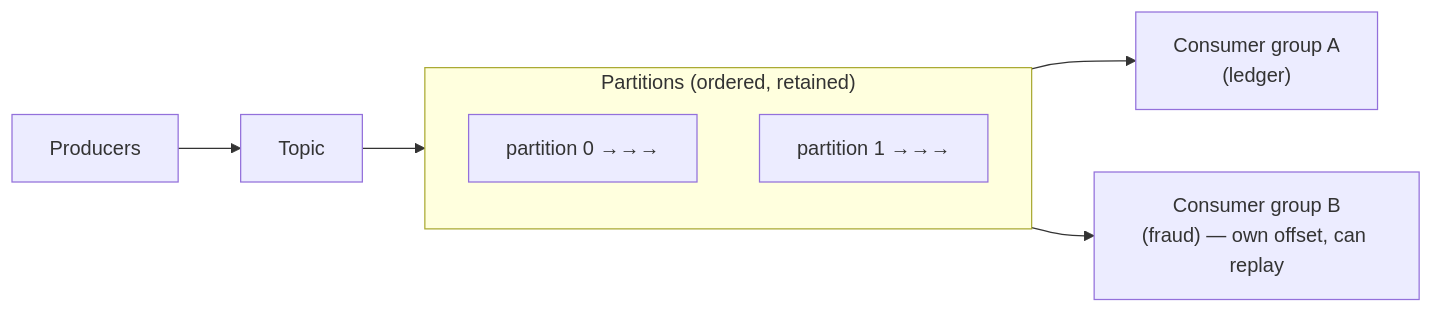
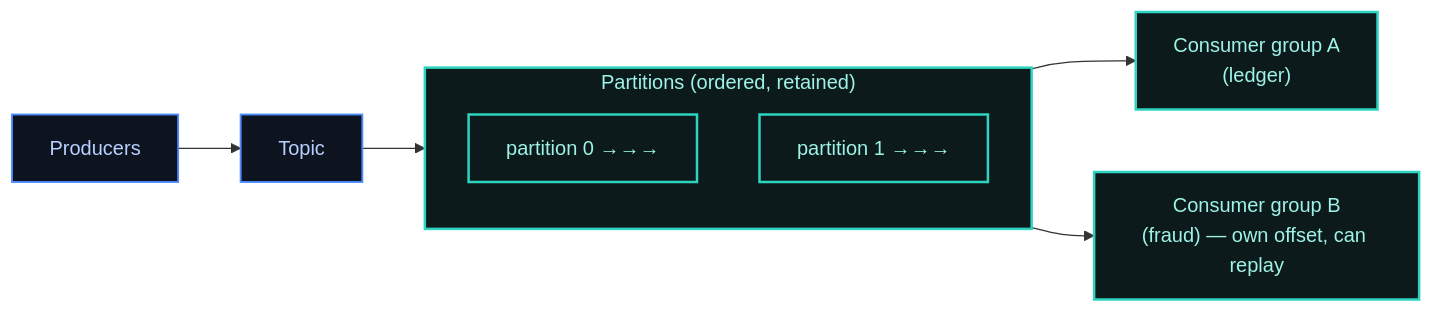
One commit to raghavarora12/engineering-playbook changed the first of 2 diagrams in adrs/006-kafka-for-payment-events.md. Above: the diagram before and after it, drawn with Mermaid. The commit also changed other lines of this file and 10 other files, not shown here.

````diff
--- a/adrs/006-kafka-for-payment-events.md
+++ b/adrs/006-kafka-for-payment-events.md
@@ -40,11 +51,17 @@
 ```mermaid
 flowchart LR
     P["Producers"] --> T["Topic"]
     subgraph T2["Partitions (ordered, retained)"]
         p0["partition 0 →→→"]
         p1["partition 1 →→→"]
     end
     T --> T2
     T2 --> g1["Consumer group A<br/>(ledger)"]
     T2 --> g2["Consumer group B<br/>(fraud) — own offset, can replay"]
+
+    classDef neutral fill:#0d1420,stroke:#4c8dff,stroke-width:1.5px,color:#b9d0ff
+    classDef good fill:#0d1a1c,stroke:#2dd4bf,stroke-width:2px,color:#9ff3e6
+    class P,T neutral
+    class p0,p1,g1,g2 good
+    style T2 fill:#0d1a1c,stroke:#2dd4bf,stroke-width:2px,color:#9ff3e6
 ```
````
